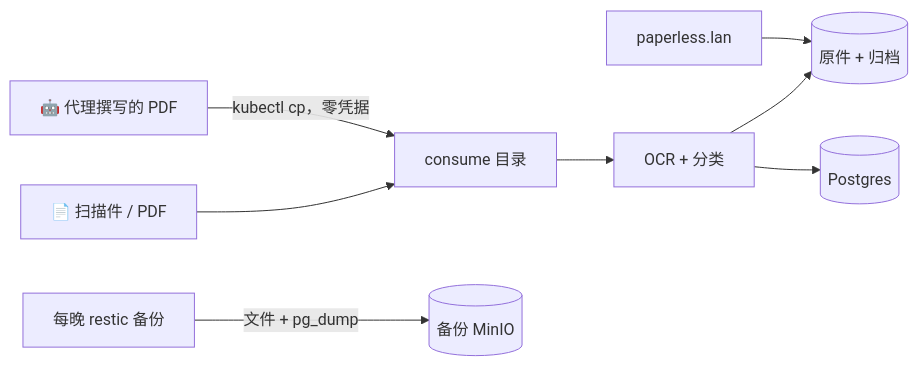
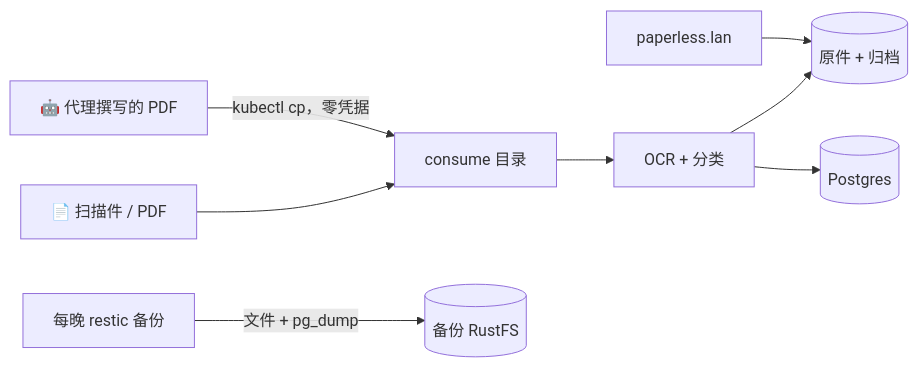
Before and after one commit to briancaffey/home-lab: the diagram in docs-site/i18n/zh-Hans/docusaurus-plugin-content-docs/current/media/paperless.md, drawn with Mermaid. The commit also changed 28 other files, not shown here.

````diff
--- a/docs-site/i18n/zh-Hans/docusaurus-plugin-content-docs/current/media/paperless.md
+++ b/docs-site/i18n/zh-Hans/docusaurus-plugin-content-docs/current/media/paperless.md
@@ -35,10 +35,10 @@
 ```mermaid
 flowchart LR
     SCAN[📄 扫描件 / PDF] --> CONSUME[consume 目录]
     AGENT[🤖 代理撰写的 PDF] -->|kubectl cp，零凭据| CONSUME
     CONSUME --> OCR[OCR + 分类]
     OCR --> MEDIA[(原件 + 归档)]
     OCR --> PG[(Postgres)]
-    RESTIC[每晚 restic 备份] -->|文件 + pg_dump| MINIO[(备份 MinIO)]
+    RESTIC[每晚 restic 备份] -->|文件 + pg_dump| S3[(备份 RustFS)]
     UI[paperless.lan] --> MEDIA
 ```
````
